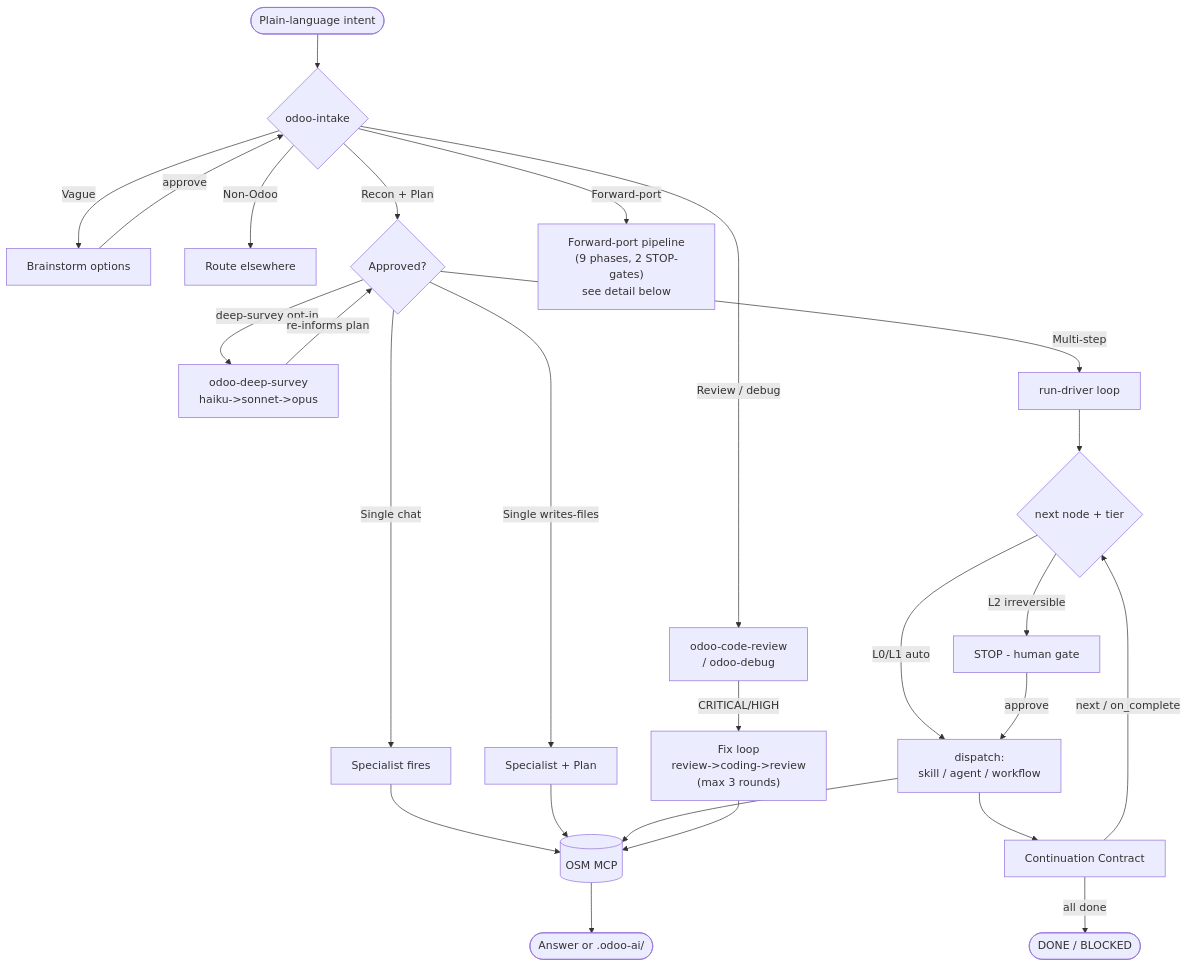
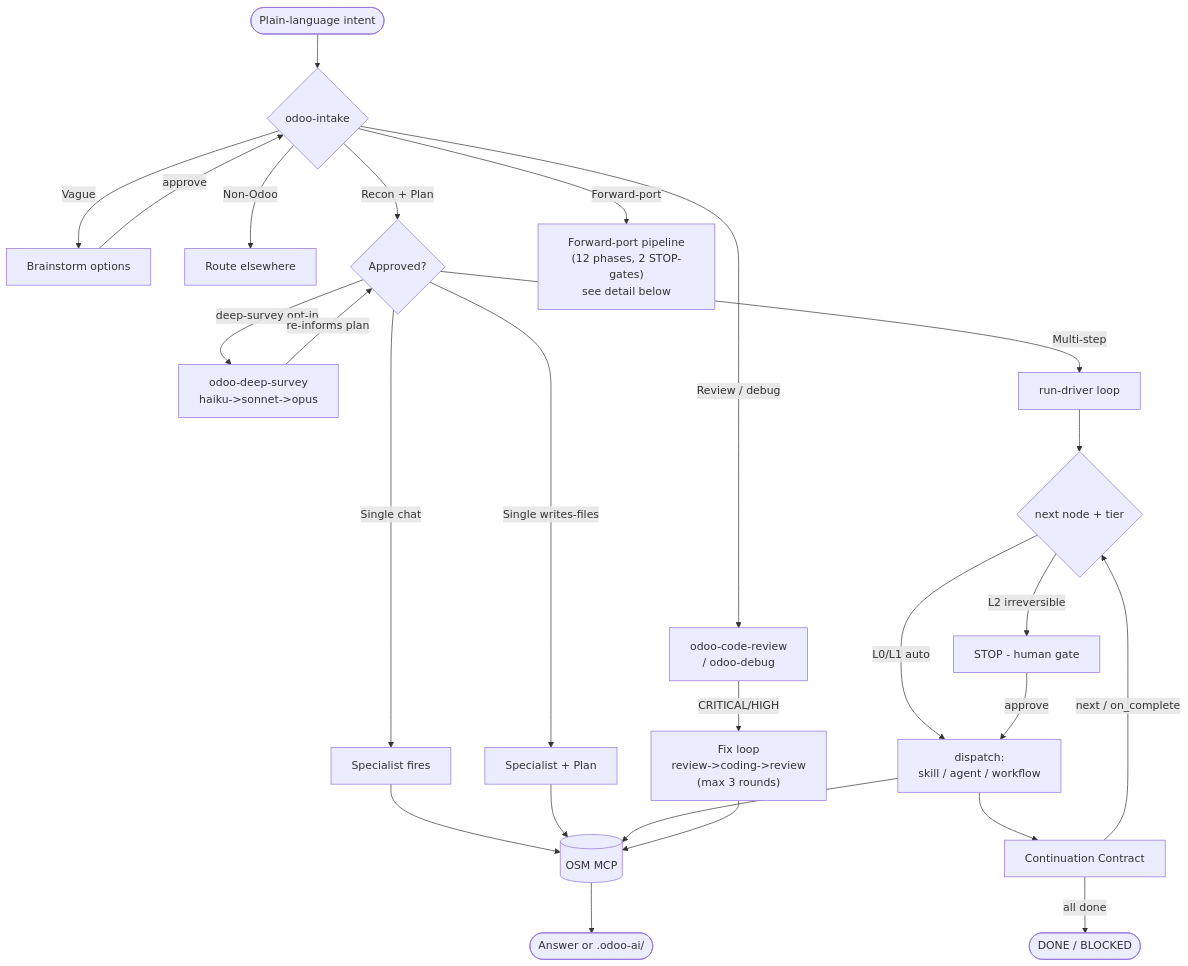
Before and after one commit to Viindoo/odoo-mcp-client: the first of 4 diagrams in plugins/odoo-ai-agents/README.md, drawn with Mermaid. The commit also changed other lines of this file and 20 other files, not shown here.

````diff
--- a/plugins/odoo-ai-agents/README.md
+++ b/plugins/odoo-ai-agents/README.md
@@ -107,34 +107,34 @@
 ```mermaid
 flowchart TD
     A([Plain-language intent]) --> D{"odoo-intake"}
     D -->|"Vague"| E["Brainstorm options"]
     E -->|"approve"| D
     D -->|"Non-Odoo"| X["Route elsewhere"]
     D -->|"Review / debug"| SPEC["odoo-code-review<br/>/ odoo-debug"]
     D -->|"Recon + Plan"| G{"Approved?"}
 
     G -->|"deep-survey opt-in"| DS["odoo-deep-survey<br/>haiku->sonnet->opus"]
     DS -->|"re-informs plan"| G
 
     G -->|"Single chat"| F1["Specialist fires"]
     G -->|"Single writes-files"| F2["Specialist + Plan"]
     G -->|"Multi-step"| RUN["run-driver loop"]
 
     SPEC -->|"CRITICAL/HIGH"| FIX["Fix loop<br/>review->coding->review<br/>(max 3 rounds)"]
 
-    D -->|"Forward-port"| FP["Forward-port pipeline<br/>(9 phases, 2 STOP-gates)<br/>see detail below"]
+    D -->|"Forward-port"| FP["Forward-port pipeline<br/>(12 phases, 2 STOP-gates)<br/>see detail below"]
 
     RUN --> PK{"next node + tier"}
     PK -->|"L0/L1 auto"| DISP["dispatch:<br/>skill / agent / workflow"]
     PK -->|"L2 irreversible"| STOP["STOP - human gate"]
     STOP -->|"approve"| DISP
     DISP --> CC["Continuation Contract"]
     CC -->|"next / on_complete"| PK
     CC -->|"all done"| DONE([DONE / BLOCKED])
 
     F1 --> I[("OSM MCP")]
     F2 --> I
     DISP --> I
     FIX --> I
     I --> Z([Answer or .odoo-ai/])
 ```
````
